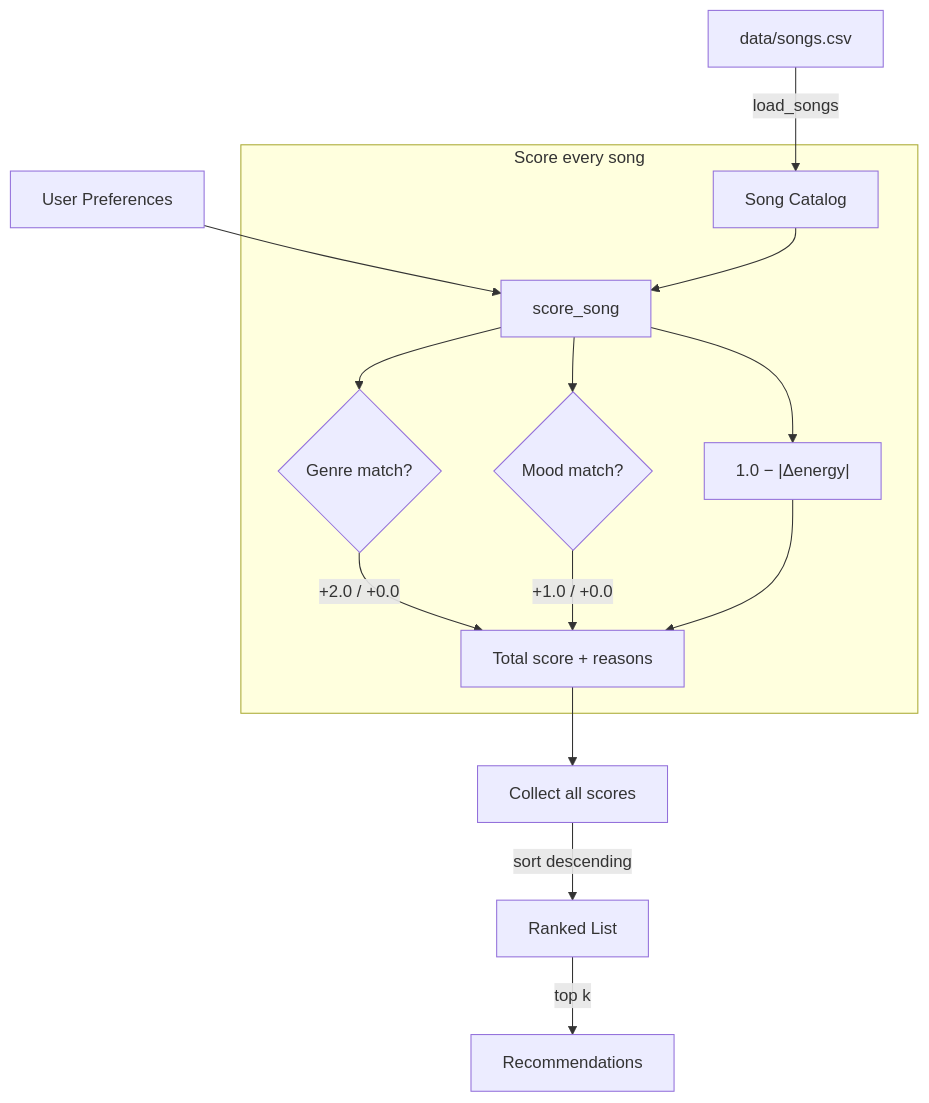
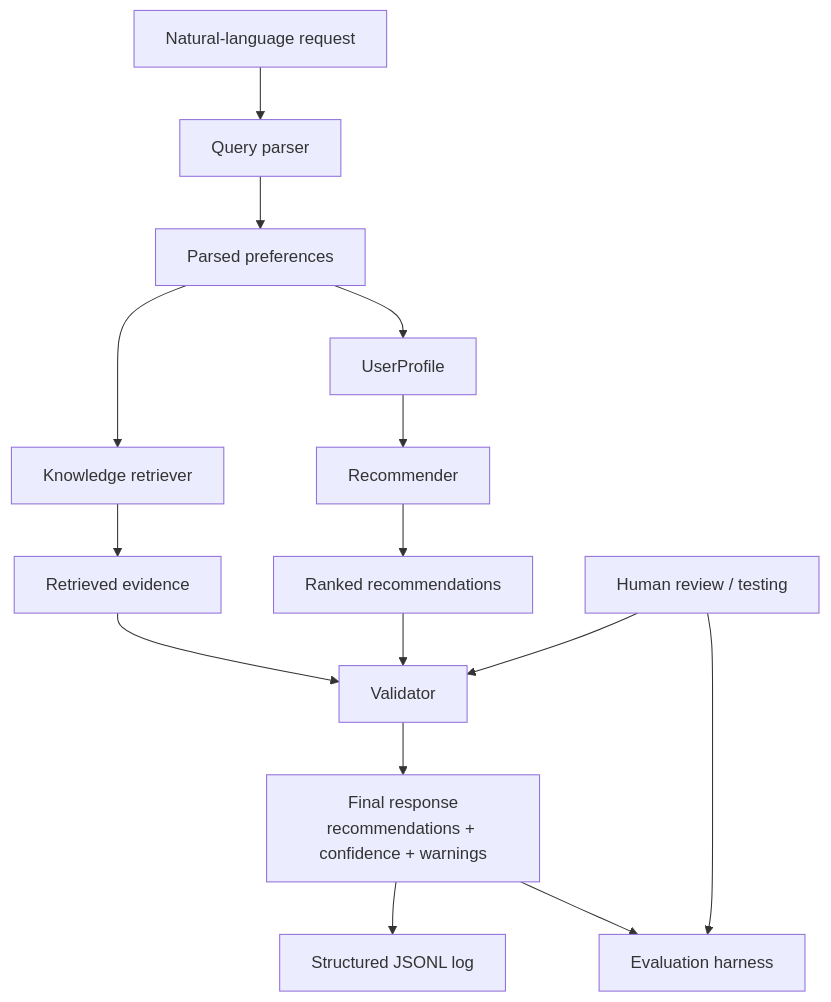
One commit to otutochi/vibe_finder_2.0 changed the diagram in README.md. Above: the diagram before and after it, drawn with Mermaid. The commit also changed other lines of this file, not shown here.

````diff
--- a/README.md
+++ b/README.md
@@ -49,14 +19,17 @@
 ```mermaid
 flowchart TD
-    A["data/songs.csv"] -->|load_songs| B["Song Catalog"]
-    C["User Preferences"] --> D
-    subgraph LOOP["Score every song"]
-        B --> D["score_song"]
-        D --> E{"Genre match?"} -->|"+2.0 / +0.0"| L
-        D --> H{"Mood match?"} -->|"+1.0 / +0.0"| L
-        D --> K["1.0 − |Δenergy|"] --> L["Total score + reasons"]
-    end
-    L --> M["Collect all scores"]
-    M -->|sort descending| N["Ranked List"]
-    N -->|top k| O["Recommendations"]
+        A["Natural-language request"] --> B["Query parser"]
+        B --> C["Parsed preferences"]
+        C --> D["UserProfile"]
+        C --> E["Knowledge retriever"]
+        D --> F["Recommender"]
+        E --> G["Retrieved evidence"]
+        F --> H["Ranked recommendations"]
+        G --> I["Validator"]
+        H --> I
+        I --> J["Final response\nrecommendations + confidence + warnings"]
+        J --> K["Structured JSONL log"]
+        J --> L["Evaluation harness"]
+        M["Human review / testing"] --> I
+        M --> L
 ```
````
